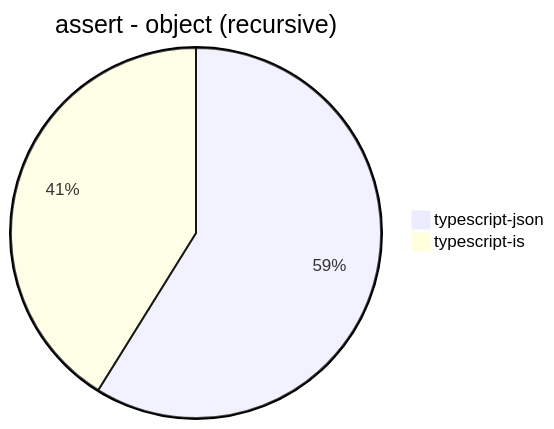
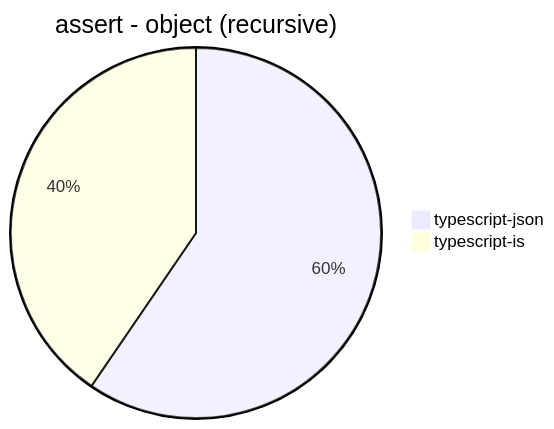
One commit to neklan1205/typescript-json changed the second of 30 diagrams in benchmark/results/Intel(R) Core(TM) i7-6700 CPU @ 3.40GHz.md. Above: the diagram before and after it, drawn with Mermaid. The commit also changed other lines of this file, not shown here.

````diff
--- a/benchmark/results/Intel(R) Core(TM) i7-6700 CPU @ 3.40GHz.md
+++ b/benchmark/results/Intel(R) Core(TM) i7-6700 CPU @ 3.40GHz.md
@@ -25,5 +25,5 @@
 ```mermaid
 pie title assert - object (recursive)
-  "typescript-json": 22624.37115707099
-  "typescript-is": 15814.373420007221
+  "typescript-json": 22835.105390785302
+  "typescript-is": 15518.631314940882
 ```
````
